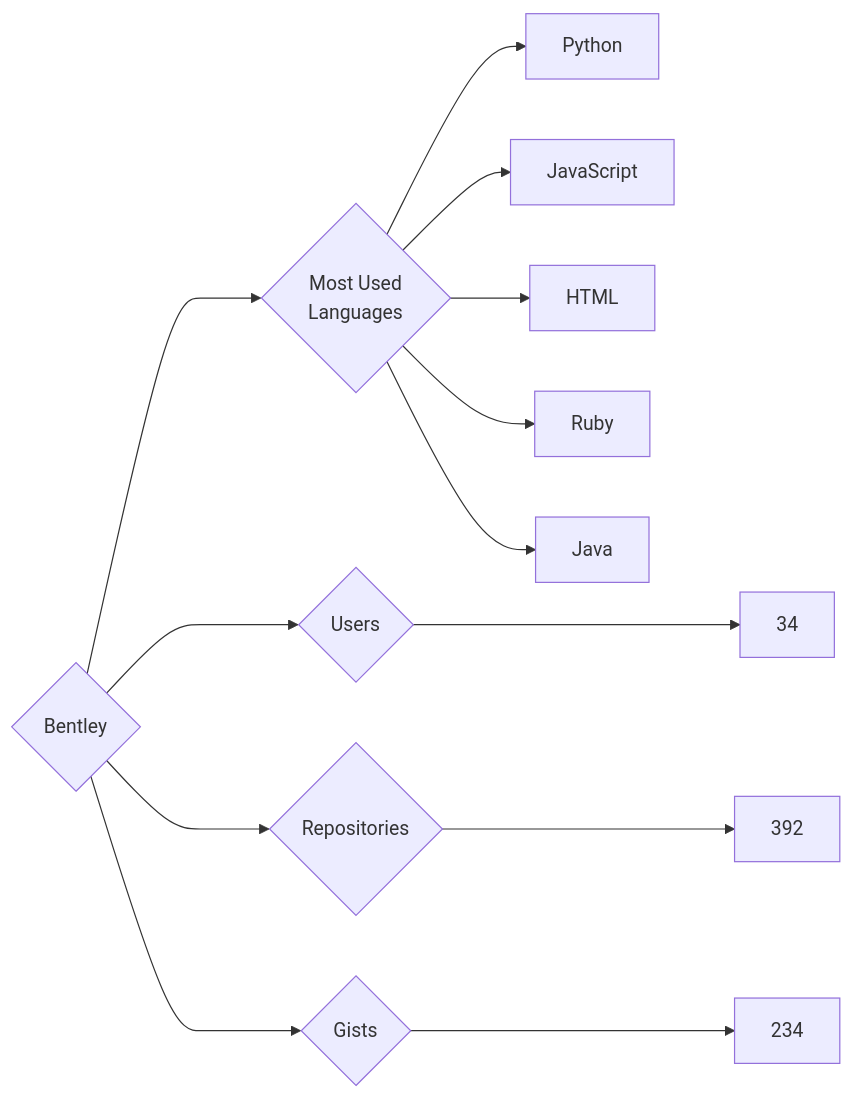
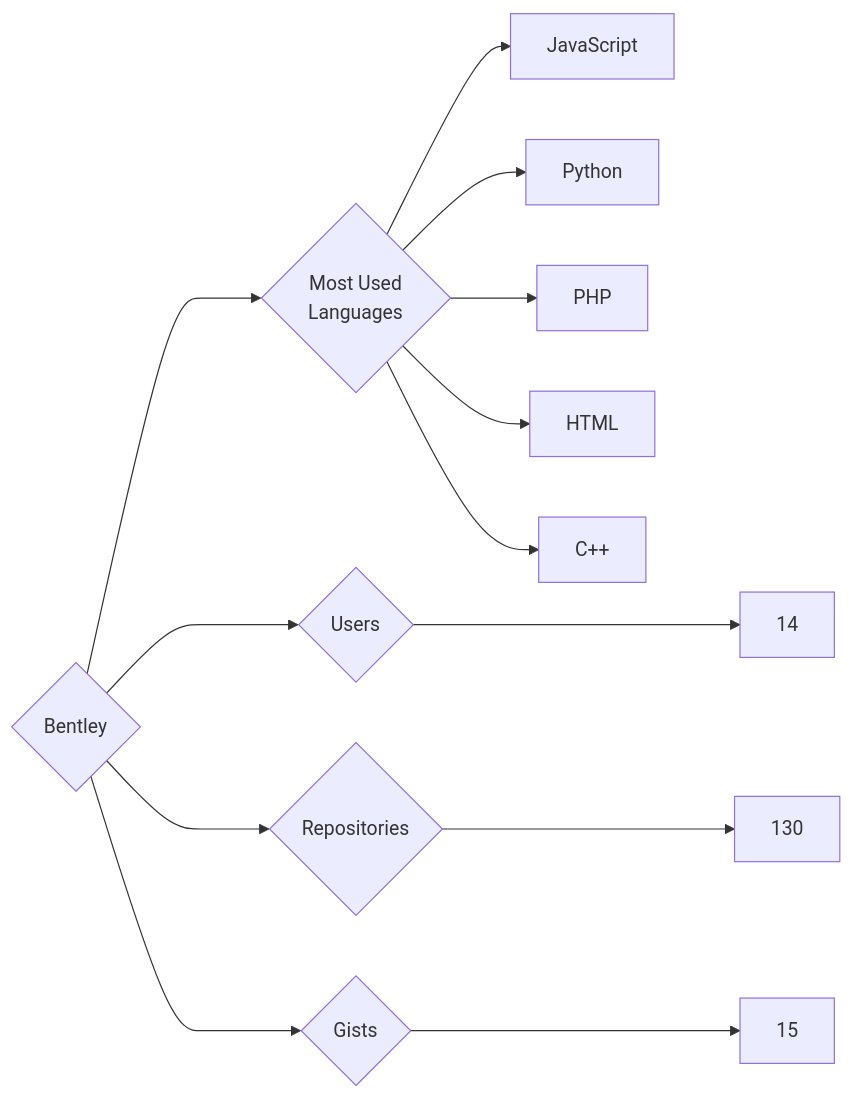
The diagram in targets/Bentley/README.md (trickest/insiders), drawn with Mermaid before and after one commit. The commit also changed 1084 other files, not shown here.

````diff
--- a/targets/Bentley/README.md
+++ b/targets/Bentley/README.md
@@ -3,13 +3,13 @@
 ```mermaid
 graph LR
 COMPANY_NAME{Bentley}
-COMPANY_NAME ---> U{Users} ---> UN[34]
-COMPANY_NAME ---> R{Repositories} ---> RN[392]
-COMPANY_NAME ---> G{Gists} ---> GN[234]
+COMPANY_NAME ---> U{Users} ---> UN[14]
+COMPANY_NAME ---> R{Repositories} ---> RN[130]
+COMPANY_NAME ---> G{Gists} ---> GN[15]
 COMPANY_NAME ---> ML{Most Used<br>Languages}
+ML --> JavaScript[JavaScript]
 ML --> Python[Python]
-ML --> JavaScript[JavaScript]
+ML --> PHP[PHP]
 ML --> HTML[HTML]
-ML --> Ruby[Ruby]
-ML --> Java[Java]
+ML --> C++[C++]
 ```
````
